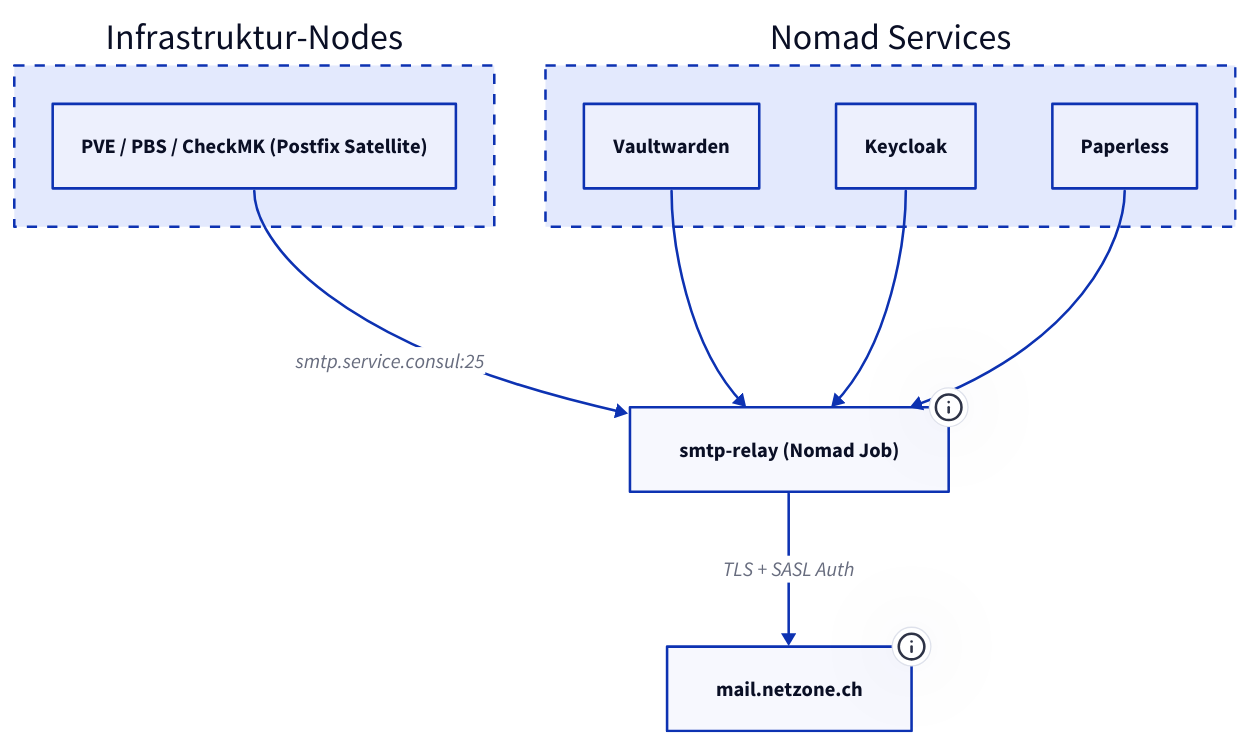
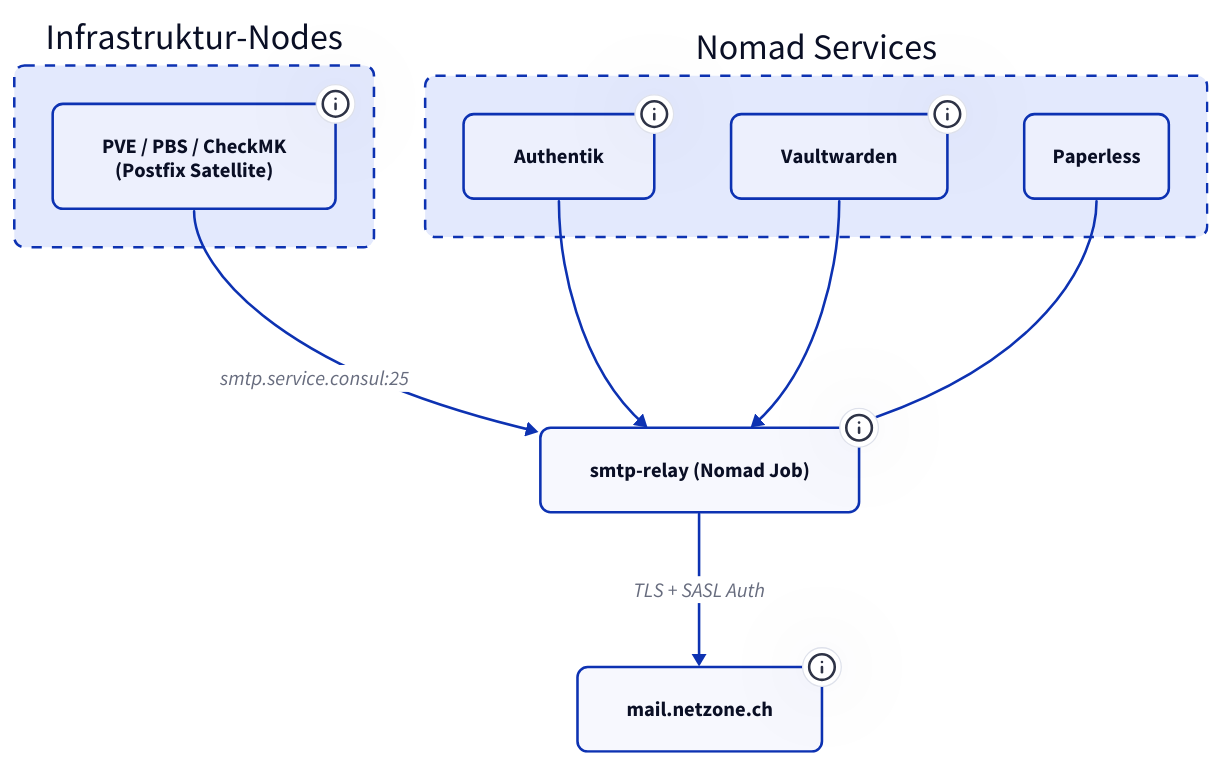
The diagram in docs/smtp-relay/index.md (derever-labs/homelab-wiki), drawn with D2 before and after one commit. The commit also changed 10 other files, not shown here.

First line of the commit message:
docs(identity): Diagramme fuer TALA ueberarbeiten (Batch B4) (#99)

````diff
--- a/docs/smtp-relay/index.md
+++ b/docs/smtp-relay/index.md
@@ -26,24 +26,49 @@
 ```d2
 direction: down
 
+classes: {
+  node: { style: { border-radius: 8 } }
+  container: { style: { border-radius: 8; stroke-dash: 4 } }
+}
+
 Infra: Infrastruktur-Nodes {
-  style.stroke-dash: 4
-  PVE: PVE / PBS / CheckMK (Postfix Satellite)
+  class: container
+
+  PVE: "PVE / PBS / CheckMK\n(Postfix Satellite)" {
+    class: node
+    tooltip: "Ansible-Role postfix-relay -- lokaler Postfix leitet an den Relay weiter"
+  }
 }
 
 Services: Nomad Services {
-  style.stroke-dash: 4
-  VW: Vaultwarden
-  KC: Keycloak
-  PL: Paperless
+  class: container
+
+  AK: Authentik {
+    class: node
+    tooltip: "Recovery-Mails und Benachrichtigungen"
+  }
+  VW: Vaultwarden {
+    class: node
+    tooltip: "Einladungen und Master-Password-Hints"
+  }
+  PL: Paperless {
+    class: node
+  }
 }
 
-SMTP: smtp-relay (Nomad Job) { tooltip: "boky/postfix, 10.0.2.0/24 ohne Auth" }
-EXT: mail.netzone.ch { tooltip: "Port 587" }
+SMTP: smtp-relay (Nomad Job) {
+  class: node
+  tooltip: "boky/postfix | nimmt nur 10.0.2.0/24 ohne Auth an | Sender-Rewrite auf services@ackermann.systems"
+}
 
-Infra.PVE -> SMTP: smtp.service.consul:25
+EXT: mail.netzone.ch {
+  class: node
+  tooltip: "Upstream-Smarthost Port 587"
+}
+
+Infra.PVE -> SMTP: "smtp.service.consul:25"
+Services.AK -> SMTP
 Services.VW -> SMTP
-Services.KC -> SMTP
 Services.PL -> SMTP
-SMTP -> EXT: TLS + SASL Auth
+SMTP -> EXT: "TLS + SASL Auth"
 ```
````
